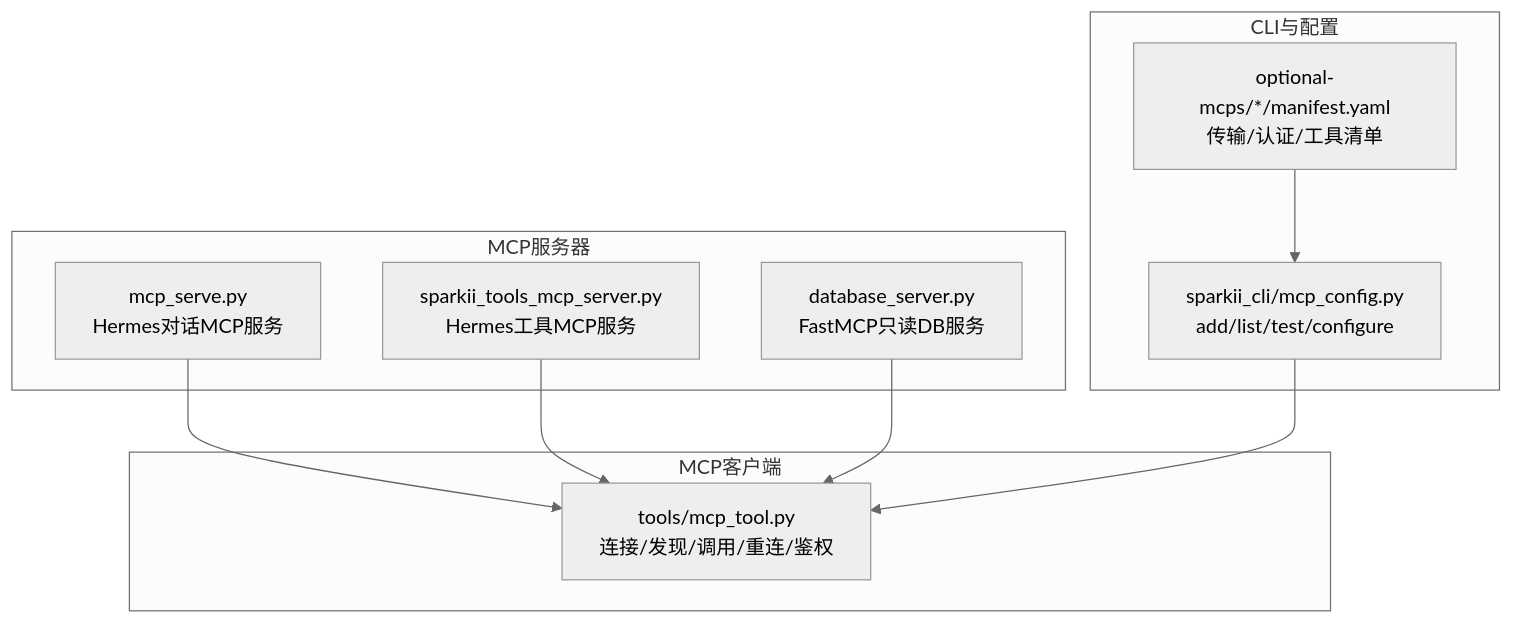
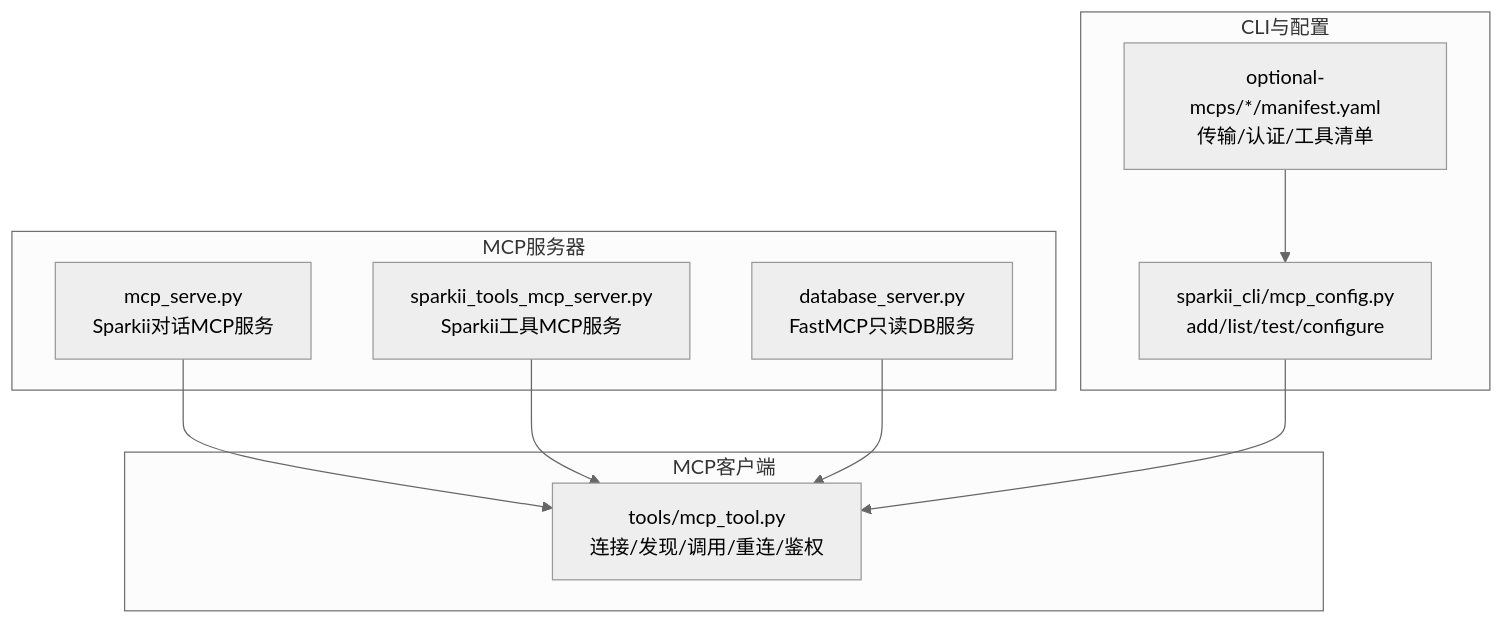
One commit to YueDJ/SpaikiiDesktop changed the first of 7 diagrams in .qoder/repowiki/zh/content/API参考/MCP协议.md. Above: the diagram before and after it, drawn with Mermaid (neutral theme). The commit also changed other lines of this file and 299 other files, not shown here.

````diff
--- a/.qoder/repowiki/zh/content/API参考/MCP协议.md
+++ b/.qoder/repowiki/zh/content/API参考/MCP协议.md
@@ -43,20 +43,20 @@
 ```mermaid
 graph TB
 subgraph "MCP服务器"
-A["mcp_serve.py<br/>Hermes对话MCP服务"]
-B["sparkii_tools_mcp_server.py<br/>Hermes工具MCP服务"]
+A["mcp_serve.py<br/>Sparkii对话MCP服务"]
+B["sparkii_tools_mcp_server.py<br/>Sparkii工具MCP服务"]
 C["database_server.py<br/>FastMCP只读DB服务"]
 end
 subgraph "MCP客户端"
 D["tools/mcp_tool.py<br/>连接/发现/调用/重连/鉴权"]
 end
 subgraph "CLI与配置"
 E["sparkii_cli/mcp_config.py<br/>add/list/test/configure"]
 F["optional-mcps/*/manifest.yaml<br/>传输/认证/工具清单"]
 end
 A --> D
 B --> D
 C --> D
 E --> D
 F --> E
 ```
````
